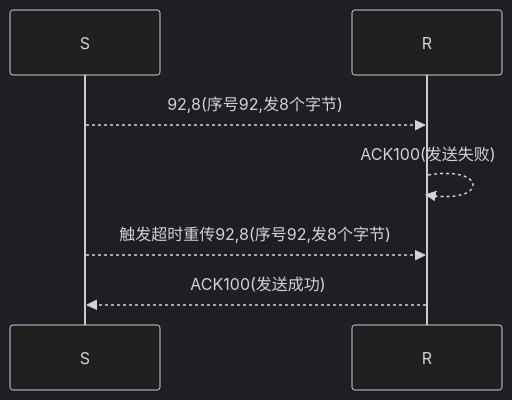
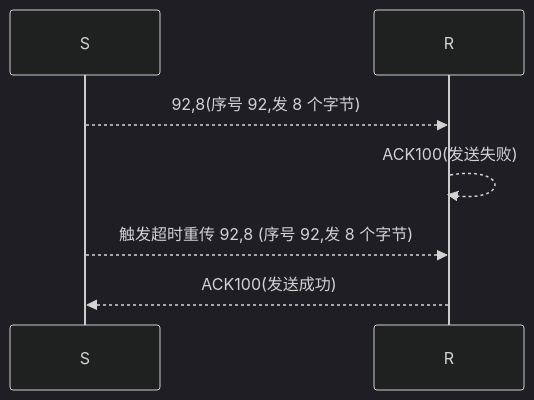
One commit to csliujw/CodeNotes changed the tenth of 16 diagrams in CS-Course/计算机网络-自顶向下方法.md. Above: the diagram before and after it, drawn with Mermaid (dark theme). The commit also changed other lines of this file and 18 other files, not shown here.

````diff
--- a/CS-Course/计算机网络-自顶向下方法.md
+++ b/CS-Course/计算机网络-自顶向下方法.md
@@ -955,9 +954,9 @@
 ```mermaid
 sequenceDiagram
 participant S
 participant R
-S-->>R:92,8(序号92,发8个字节)
+S-->>R:92,8(序号 92,发 8 个字节)
 R-->>R:ACK100(发送失败)
-S-->>R:触发超时重传92,8(序号92,发8个字节)
+S-->>R:触发超时重传 92,8 (序号 92,发 8 个字节)
 R-->>S:ACK100(发送成功)
 ```
````
